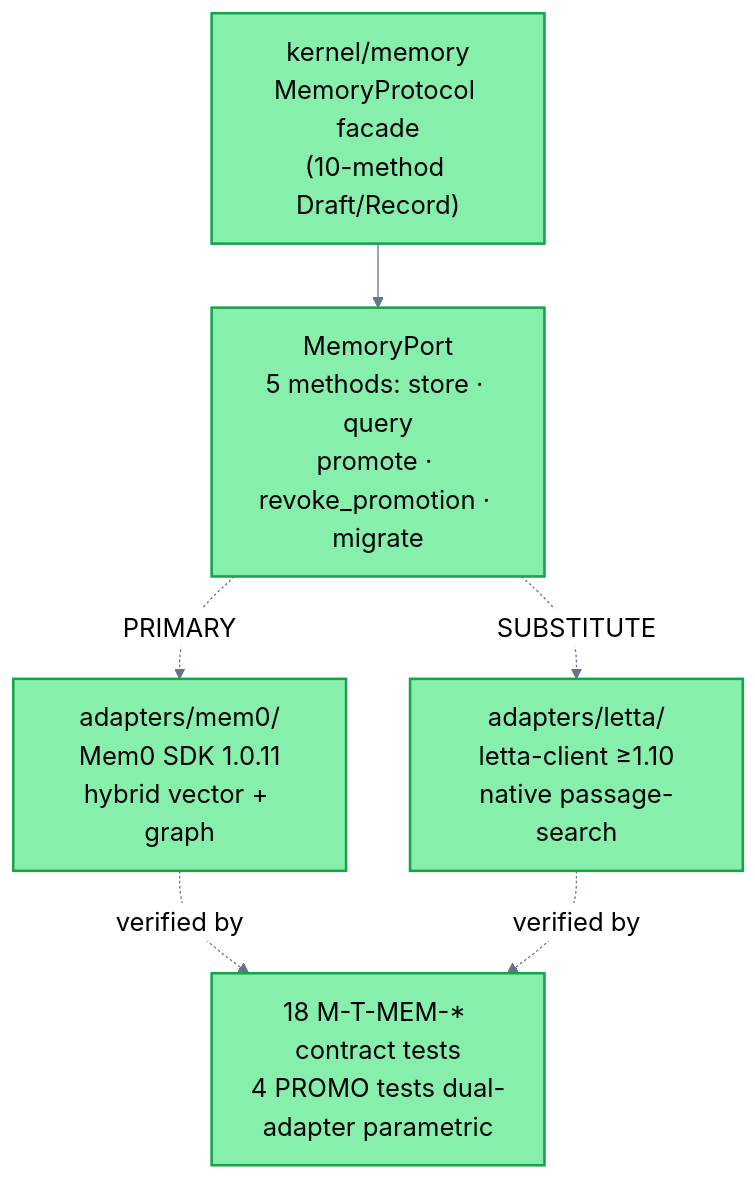
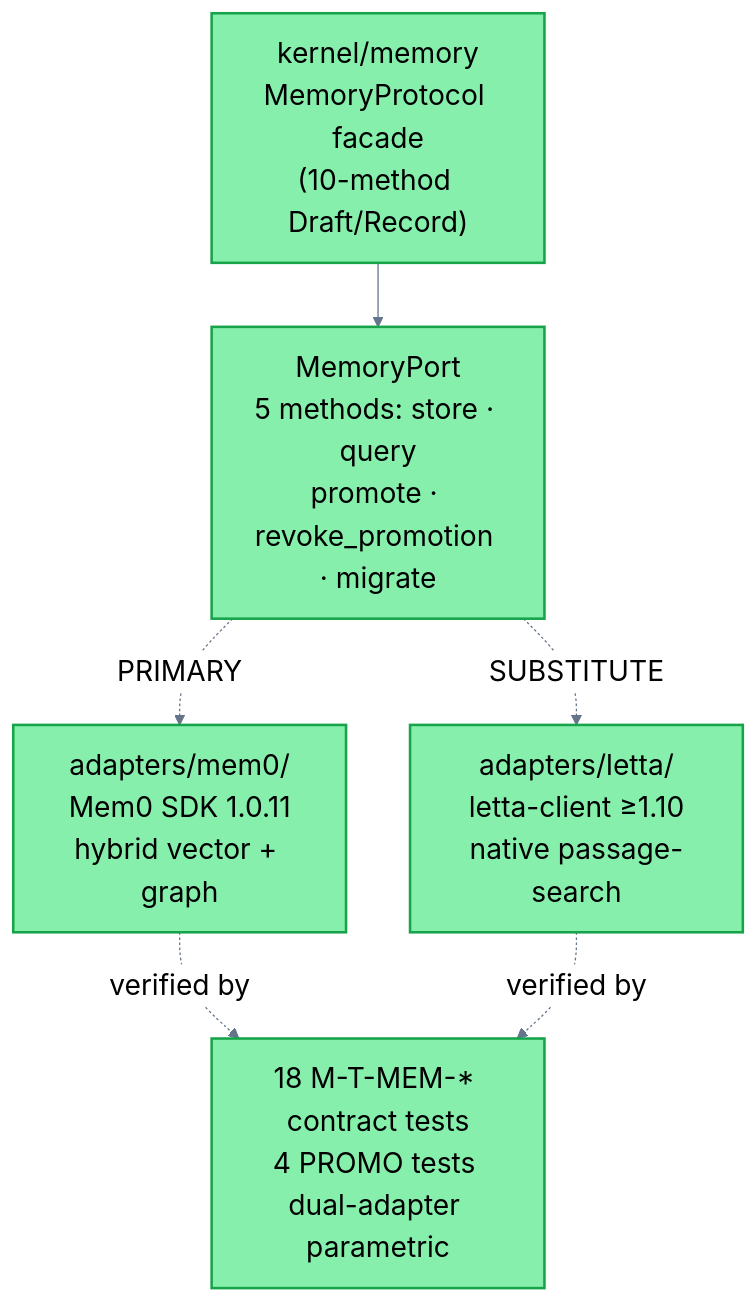
One commit to verdaca/VERDACA changed diagram 12 of 13 in docs/architecture-diagrams.md. Above: the diagram before and after it, drawn with Mermaid. The commit also changed other lines of this file, not shown here.

First line of the commit message:
docs: force-bump font size to 22px on Diagrams 3, 6, 12 via classDef

````diff
--- a/docs/architecture-diagrams.md
+++ b/docs/architecture-diagrams.md
@@ -486,16 +486,16 @@
 ```mermaid
-%%{init: {'theme': 'base', 'themeVariables': {'fontSize': '20px', 'primaryColor': '#fff', 'primaryTextColor': '#000', 'lineColor': '#64748b', 'nodeBorder': '#000'}}}%%
+%%{init: {'theme': 'base', 'themeVariables': {'fontSize': '22px', 'primaryColor': '#fff', 'primaryTextColor': '#000', 'lineColor': '#64748b', 'nodeBorder': '#000', 'clusterBkg': '#1f2937', 'clusterBorder': '#475569'}}}%%
 flowchart TB
     KMEM["kernel/memory<br/>MemoryProtocol facade<br/>(10-method Draft/Record)"]:::done
     PORT["MemoryPort<br/>5 methods: store · query<br/>promote · revoke_promotion · migrate"]:::done
 
     KMEM --> PORT
 
     PORT -.PRIMARY.-> MEM0["adapters/mem0/<br/>Mem0 SDK 1.0.11<br/>hybrid vector + graph"]:::done
     PORT -.SUBSTITUTE.-> LETTA["adapters/letta/<br/>letta-client ≥1.10<br/>native passage-search"]:::done
 
     MEM0 -.verified by.-> CT["18 M-T-MEM-* contract tests<br/>4 PROMO tests dual-adapter parametric"]:::done
     LETTA -.verified by.-> CT
 
-    classDef done fill:#86efac,stroke:#16a34a,stroke-width:2px,color:#000
+    classDef done fill:#86efac,stroke:#16a34a,stroke-width:2px,color:#000,font-size:22px
 ```
````
